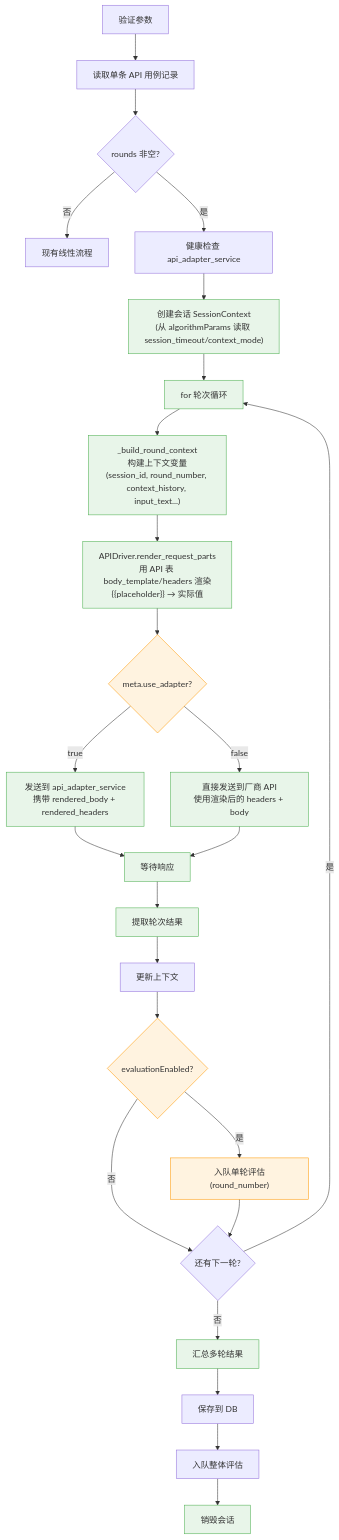
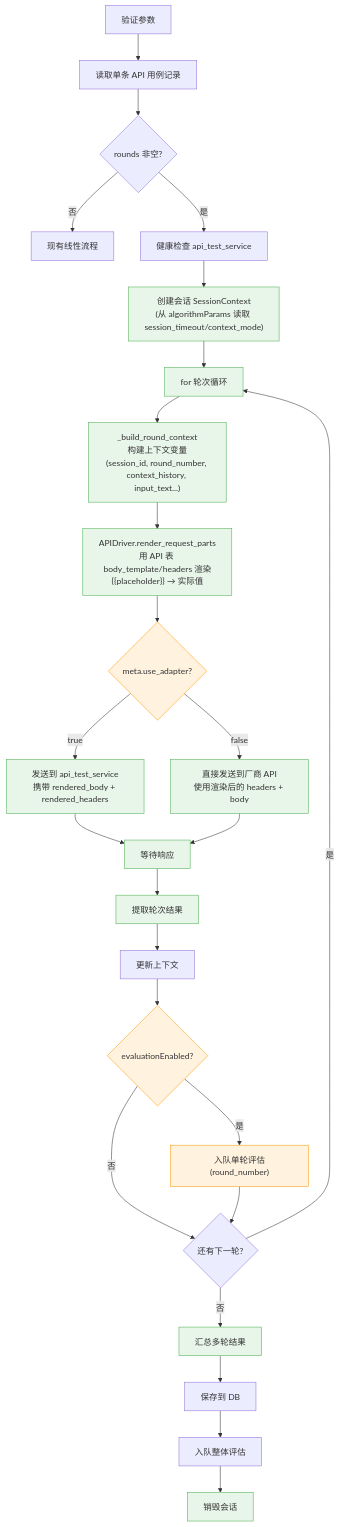
Before and after one commit to ydz-auto/intelligent_audio_test: the third of 9 diagrams in Intelligent-Audio-TEST/doc/voice_llm/00_改造方案总览.md, drawn with Mermaid. The commit also changed other lines of this file and 164 other files, not shown here.

First line of the commit message:
INT-1176: 重构·API适配·实施——api_adapter_service 删除实施：HTTP 执行内嵌 api_test_service（迁移+删除）

````diff
--- a/Intelligent-Audio-TEST/doc/voice_llm/00_改造方案总览.md
+++ b/Intelligent-Audio-TEST/doc/voice_llm/00_改造方案总览.md
@@ -94,41 +94,41 @@
 ```mermaid
 flowchart TD
     A[验证参数] --> B[读取单条 API 用例记录]
     B --> C{rounds 非空?}
     C -->|否| D1[现有线性流程]
-    C -->|是| D2[健康检查 api_adapter_service]
+    C -->|是| D2[健康检查 api_test_service]
     D2 --> E["创建会话 SessionContext<br/>(从 algorithmParams 读取 session_timeout/context_mode)"]
     E --> F[for 轮次循环]
     F --> G["_build_round_context<br/>构建上下文变量<br/>(session_id, round_number, context_history, input_text...)"]
     G --> G2["APIDriver.render_request_parts<br/>用 API 表 body_template/headers 渲染<br/>{{placeholder}} → 实际值"]
     G2 --> H{"meta.use_adapter?"}
-    H -->|true| H1[发送到 api_adapter_service<br/>携带 rendered_body + rendered_headers]
+    H -->|true| H1[发送到 api_test_service<br/>携带 rendered_body + rendered_headers]
     H -->|false| H2[直接发送到厂商 API<br/>使用渲染后的 headers + body]
     H1 --> I[等待响应]
     H2 --> I
     I --> J[提取轮次结果]
     J --> K[更新上下文]
     K --> L{evaluationEnabled?}
     L -->|是| M["入队单轮评估(round_number)"]
     L -->|否| N{还有下一轮?}
     M --> N
     N -->|是| F
     N -->|否| O[汇总多轮结果]
     O --> P[保存到 DB]
     P --> Q[入队整体评估]
     Q --> R[销毁会话]
     
     style E fill:#e8f5e9,stroke:#4caf50
     style F fill:#e8f5e9,stroke:#4caf50
     style G fill:#e8f5e9,stroke:#4caf50
     style G2 fill:#e8f5e9,stroke:#4caf50
     style H fill:#fff3e0,stroke:#ff9800
     style H1 fill:#e8f5e9,stroke:#4caf50
     style H2 fill:#e8f5e9,stroke:#4caf50
     style I fill:#e8f5e9,stroke:#4caf50
     style J fill:#e8f5e9,stroke:#4caf50
     style L fill:#fff3e0,stroke:#ff9800
     style M fill:#fff3e0,stroke:#ff9800
     style O fill:#e8f5e9,stroke:#4caf50
     style R fill:#e8f5e9,stroke:#4caf50
 ```
````
